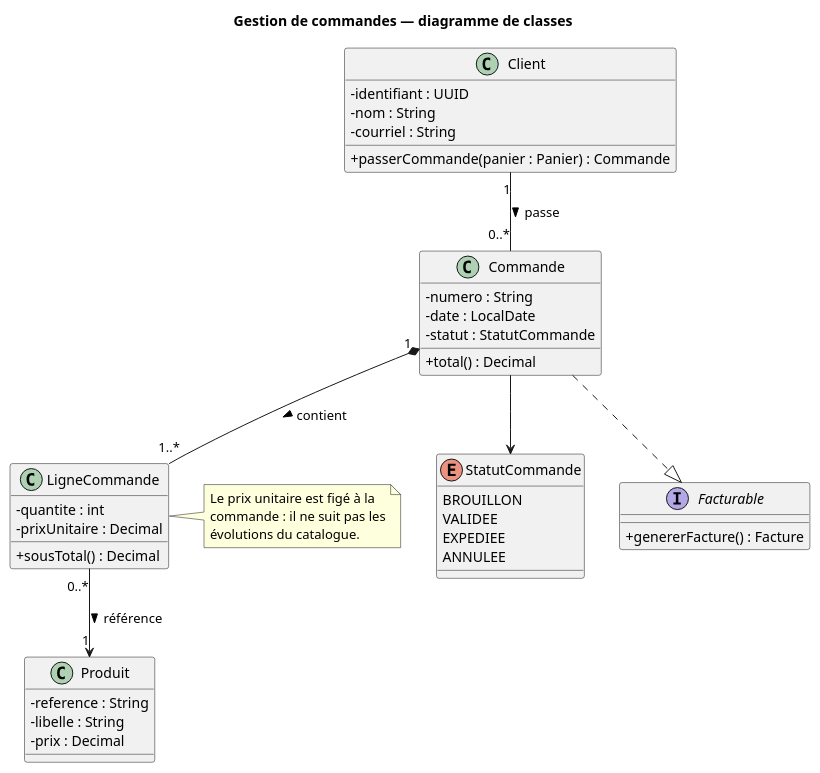
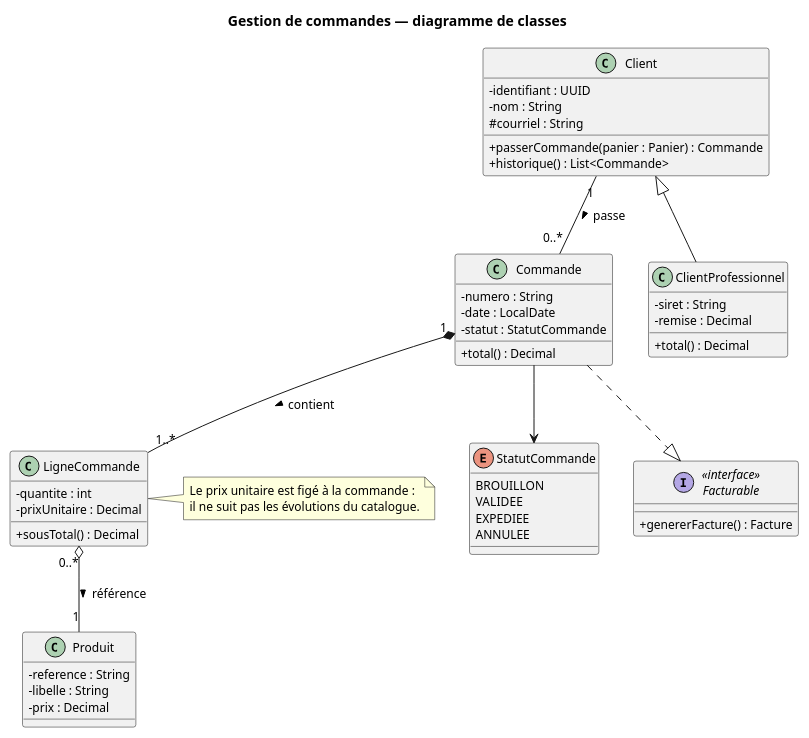
The diagram in templates/01-diagramme-classes.puml (STALKER1709/PLANTUMLStudio), drawn with PlantUML before and after one commit. The commit also changed other lines of this file and 28 other files, not shown here.

```diff
--- a/templates/01-diagramme-classes.puml
+++ b/templates/01-diagramme-classes.puml
@@ -2,57 +3,79 @@
 @startuml
 title Gestion de commandes — diagramme de classes
 
-' « skinparam » ajuste l'apparence sans toucher au contenu du modèle
+skinparam defaultFontName "Segoe UI"
+skinparam defaultFontSize 12
+skinparam shadowing false
+' Visibilité en clair (+ public, - privé, # protégé), conformément au formalisme
 skinparam classAttributeIconSize 0
 
+' Une classe se représente par un rectangle divisé en trois sections :
+' nom, attributs typés, puis opérations.
 class Client {
   - identifiant : UUID
   - nom : String
-  - courriel : String
+  # courriel : String
   + passerCommande(panier : Panier) : Commande
+  + historique() : List<Commande>
 }
 
 class Commande {
   - numero : String
   - date : LocalDate
   - statut : StatutCommande
   + total() : Decimal
 }
 
 class LigneCommande {
   - quantite : int
   - prixUnitaire : Decimal
   + sousTotal() : Decimal
 }
 
 class Produit {
   - reference : String
   - libelle : String
   - prix : Decimal
 }
 
+class ClientProfessionnel {
+  - siret : String
+  - remise : Decimal
+  + total() : Decimal
+}
+
 enum StatutCommande {
   BROUILLON
   VALIDEE
   EXPEDIEE
   ANNULEE
 }
 
-interface Facturable {
+interface Facturable <<interface>> {
   + genererFacture() : Facture
 }
 
-' Relations : 1 client possède 0..n commandes
+' Association : trait simple entre deux classes, multiplicités aux extrémités.
 Client "1" -- "0..*" Commande : passe >
+
+' Composition : losange plein côté agrégat. La destruction de la commande
+' entraîne celle de ses lignes.
 Commande "1" *-- "1..*" LigneCommande : contient >
-LigneCommande "0..*" --> "1" Produit : référence >
+
+' Agrégation : losange creux. Le produit survit à la ligne de commande.
+LigneCommande "0..*" o-- "1" Produit : référence >
+
+' Héritage : flèche à pointe triangulaire creuse vers la classe mère.
+Client <|-- ClientProfessionnel
+
+' Réalisation d'interface : trait interrompu, pointe triangulaire creuse.
 Commande ..|> Facturable
+
 Commande --> StatutCommande
 
 note right of LigneCommande
-  Le prix unitaire est figé à la
-  commande : il ne suit pas les
-  évolutions du catalogue.
+  Le prix unitaire est figé à la commande :
+  il ne suit pas les évolutions du catalogue.
 end note
 
 @enduml
```
